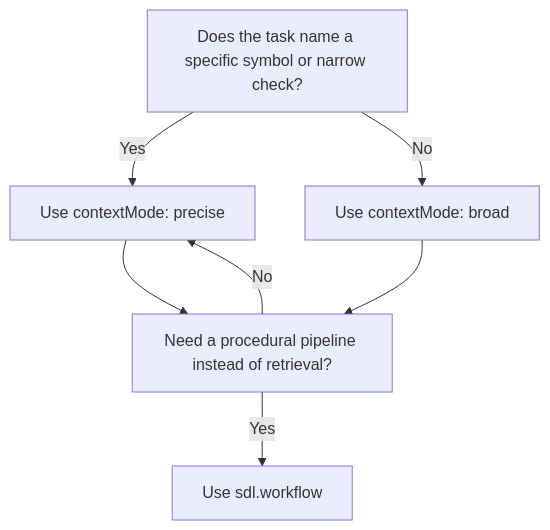
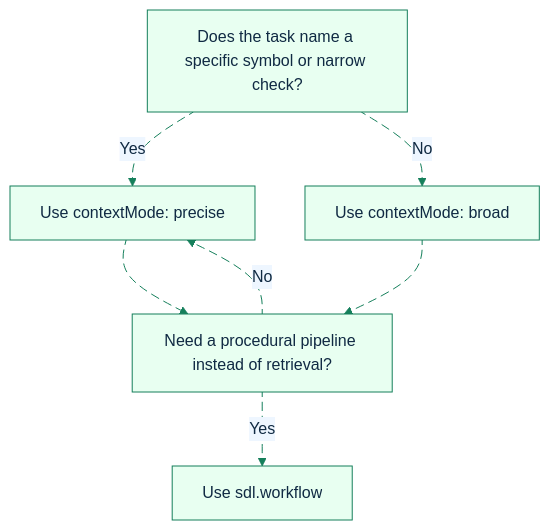
One commit to GlitterKill/sdl-mcp changed the diagram in docs/feature-deep-dives/context-modes.md. Above: the diagram before and after it, drawn with Mermaid. The commit also changed other lines of this file and 36 other files, not shown here.

````diff
--- a/docs/feature-deep-dives/context-modes.md
+++ b/docs/feature-deep-dives/context-modes.md
@@ -183,15 +183,19 @@
 ```mermaid
+%%{init: {"theme":"base","themeVariables":{"primaryColor":"#e8fff1","primaryBorderColor":"#157f5b","primaryTextColor":"#102a43","secondaryColor":"#eef6ff","secondaryBorderColor":"#2563eb","tertiaryColor":"#fff4d6","tertiaryBorderColor":"#b45309","lineColor":"#157f5b","fontFamily":"Trebuchet MS, Arial"},"flowchart":{"curve":"basis"}}}%%
 flowchart TD
     Q["Does the task name a specific symbol or narrow check?"]
     P["Use contextMode: precise"]
     B["Use contextMode: broad"]
     W["Need a procedural pipeline instead of retrieval?"]
     WF["Use sdl.workflow"]
 
-    Q -->|Yes| P
-    Q -->|No| B
-    P --> W
-    B --> W
-    W -->|No| P
-    W -->|Yes| WF
+    Q e1@-->|Yes| P
+    Q e2@-->|No| B
+    P e3@--> W
+    B e4@--> W
+    W e5@-->|No| P
+    W e6@-->|Yes| WF
+
+    classDef animate stroke-dasharray: 9\,5,stroke-dashoffset: 900,animation: dash 25s linear infinite;
+    class e1,e2,e3,e4,e5,e6 animate
 ```
````
